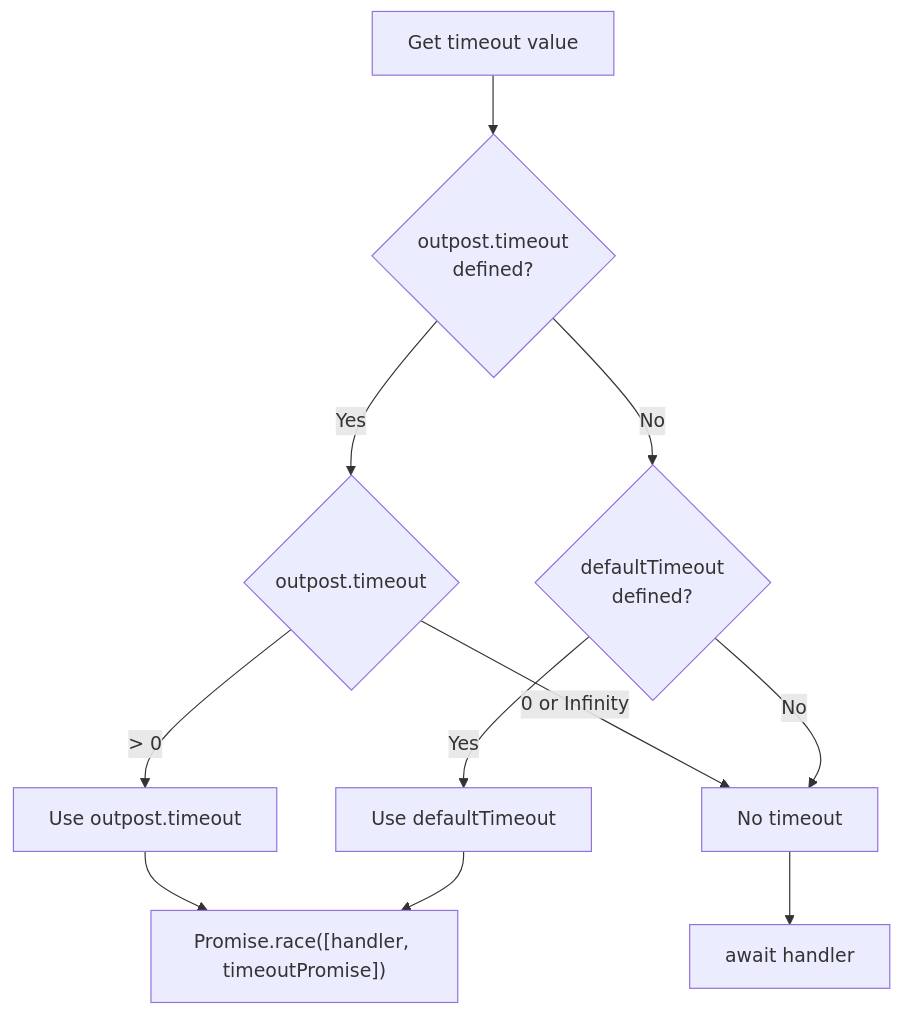
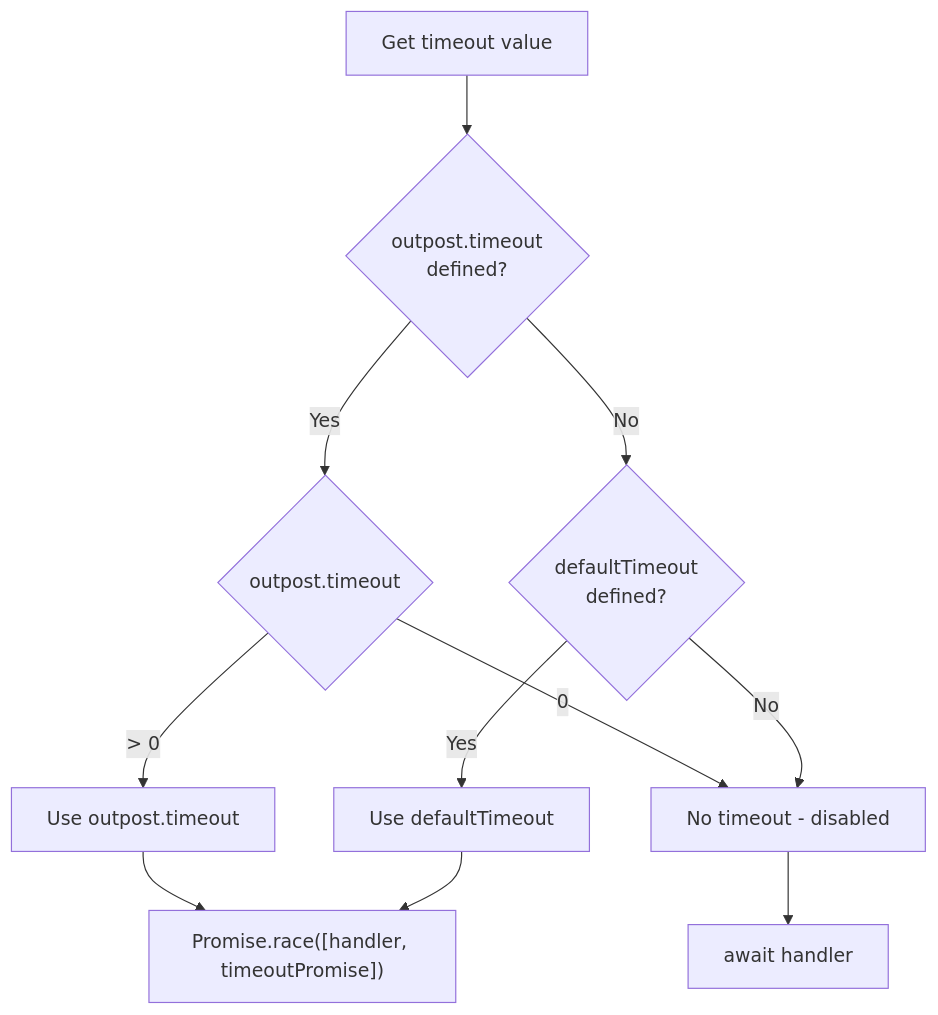
Before and after one commit to Kassaila/vue-router-citadel: the eighth of 11 diagrams in docs/internals.md, drawn with Mermaid. The commit also changed other lines of this file and 4 other files, not shown here.

````diff
--- a/docs/internals.md
+++ b/docs/internals.md
@@ -525,17 +545,17 @@
 ```mermaid
 flowchart TD
     A[Get timeout value] --> B{outpost.timeout<br/>defined?}
 
     B -->|Yes| C{outpost.timeout}
     B -->|No| D{defaultTimeout<br/>defined?}
 
     C -->|"> 0"| E[Use outpost.timeout]
-    C -->|"0 or Infinity"| F[No timeout]
+    C -->|"0"| F[No timeout - disabled]
 
     D -->|Yes| G[Use defaultTimeout]
     D -->|No| F
 
     E --> H["Promise.race([handler, timeoutPromise])"]
     G --> H
     F --> I[await handler]
 ```
````
